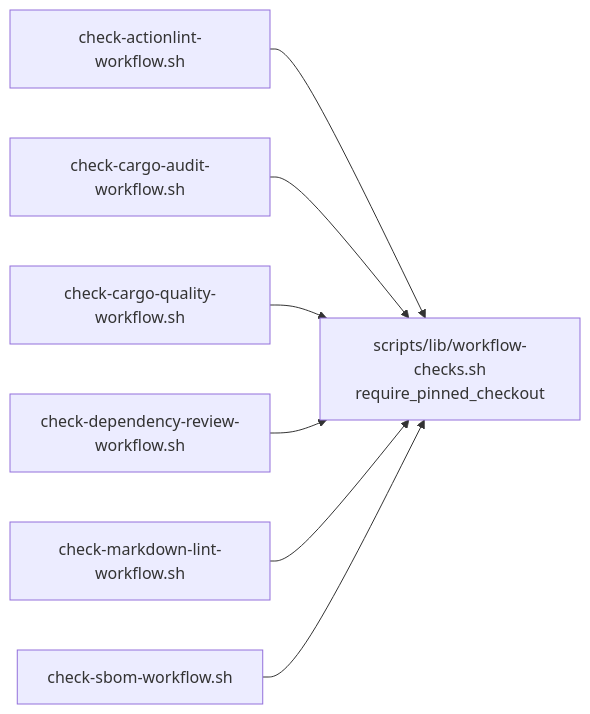
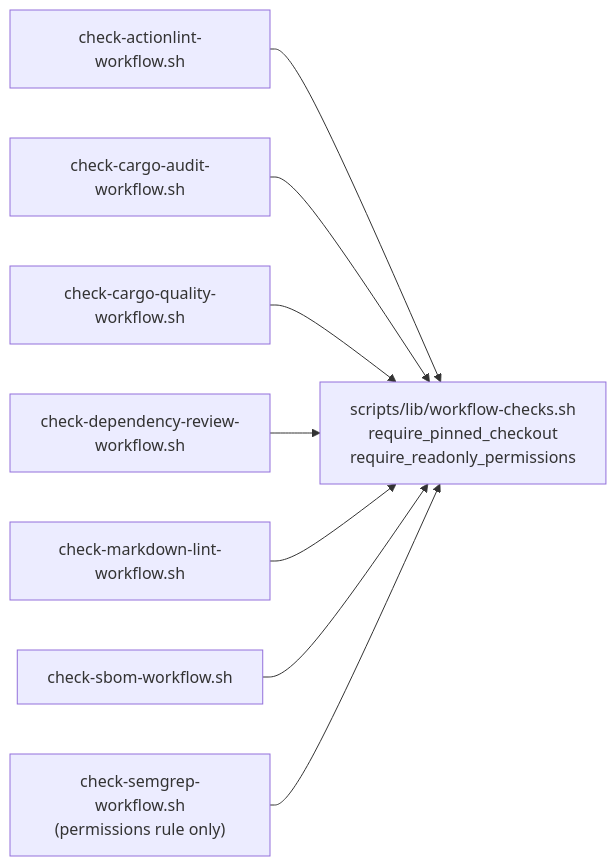
Before and after one commit to stSoftwareAU/NEAT-AI-scorer: diagram 16 of 16 in README.md, drawn with Mermaid. The commit also changed other lines of this file and 10 other files, not shown here.

First line of the commit message:
Unify the least-privilege permissions rule in one helper (Issue #514)

````diff
--- a/README.md
+++ b/README.md
@@ -1222,10 +1230,11 @@
 ```mermaid
 flowchart LR
-    L["scripts/lib/workflow-checks.sh<br/>require_pinned_checkout"]
+    L["scripts/lib/workflow-checks.sh<br/>require_pinned_checkout<br/>require_readonly_permissions"]
     A[check-actionlint-workflow.sh] --> L
     B[check-cargo-audit-workflow.sh] --> L
     C[check-cargo-quality-workflow.sh] --> L
     D[check-dependency-review-workflow.sh] --> L
     E[check-markdown-lint-workflow.sh] --> L
     F[check-sbom-workflow.sh] --> L
+    G["check-semgrep-workflow.sh<br/>(permissions rule only)"] --> L
 ```
````
